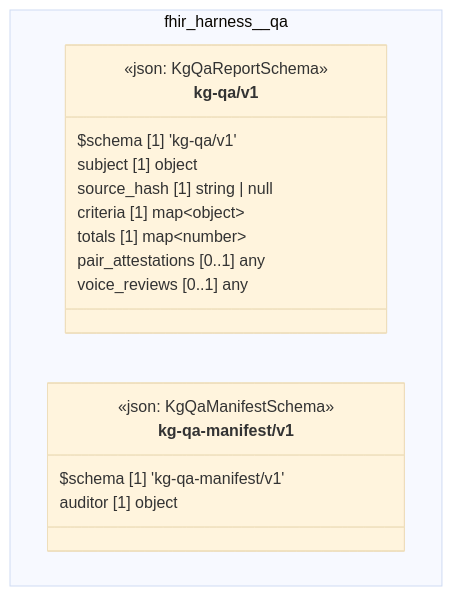
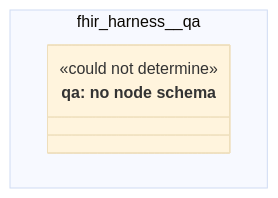
The diagram in cat-harness/docs/uml/overview/fhir-harness/qa.md (litlfred/folio-assistant), drawn with Mermaid (base theme) before and after one commit. The commit also changed other lines of this file and 83 other files, not shown here.

First line of the commit message:
regenerate: skill:register artefacts for pinned-remote-dependency, the two Tools and the remote-mount schema fields

````diff
--- a/cat-harness/docs/uml/overview/fhir-harness/qa.md
+++ b/cat-harness/docs/uml/overview/fhir-harness/qa.md
@@ -42,23 +42,11 @@
 ```mermaid
 classDiagram
   direction TB
   namespace fhir_harness__qa {
-    class fhir_harness_qa_kg_qa_v1_kg_qa_v1["kg-qa/v1"] {
-      <<json: KgQaReportSchema>>
-      $schema [1] 'kg-qa/v1'
-      subject [1] object
-      source_hash [1] string | null
-      criteria [1] map~object~
-      totals [1] map~number~
-      pair_attestations [0..1] any
-      voice_reviews [0..1] any
-    }
-    class fhir_harness_qa_kg_qa_manifest_v1_kg_qa_manifest_v1["kg-qa-manifest/v1"] {
-      <<json: KgQaManifestSchema>>
-      $schema [1] 'kg-qa-manifest/v1'
-      auditor [1] object
+    class n_fhir_harness_qa_qa["qa: no node schema"] {
+      <<could not determine>>
     }
   }
-  cssClass "fhir_harness_qa_kg_qa_v1_kg_qa_v1" fa_uml_kind_qa
-  cssClass "fhir_harness_qa_kg_qa_manifest_v1_kg_qa_manifest_v1" fa_uml_kind_qa
+  cssClass "n_fhir_harness_qa_qa" fa_uml_kind_qa
+  cssClass "n_fhir_harness_qa_qa" fa_uml_undetermined
 ```
````
